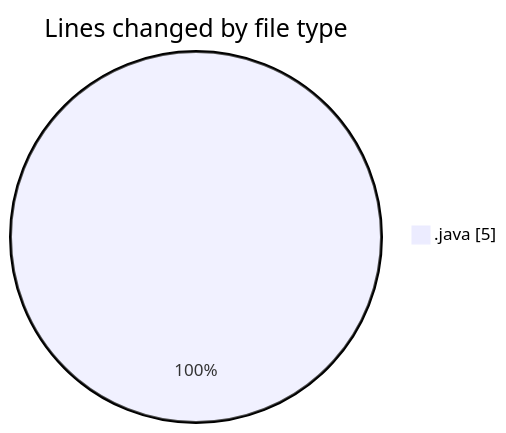
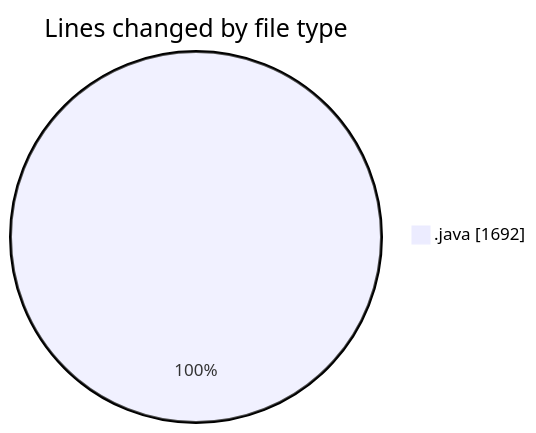
Before and after one commit to ricardozamudiocil/code-tracking: the first of 2 diagrams in 2026-06-29/cilapp/README.md, drawn with Mermaid. The commit also changed other lines of this file and 1 other file, not shown here.

````diff
--- a/2026-06-29/cilapp/README.md
+++ b/2026-06-29/cilapp/README.md
@@ -20,5 +21,5 @@
 ```mermaid
 pie showData
 title Lines changed by file type
-".java" : 5
+".java" : 1692
 ```
````
